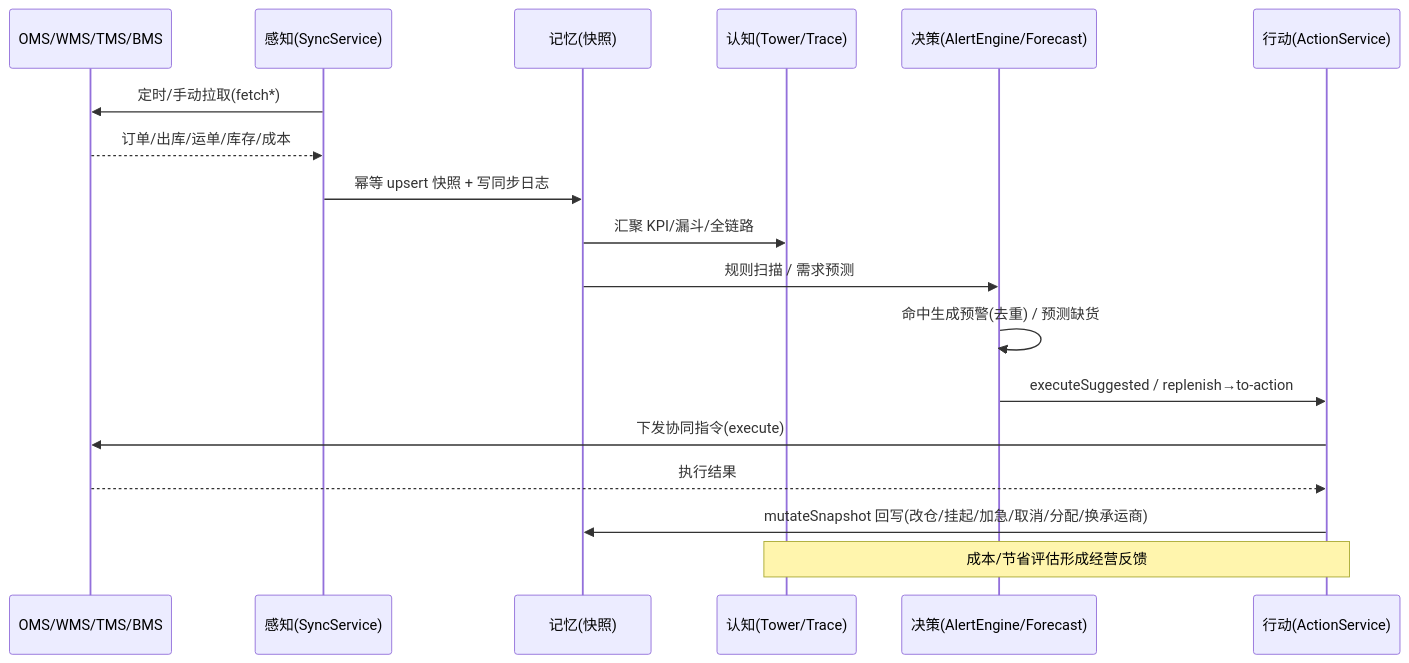
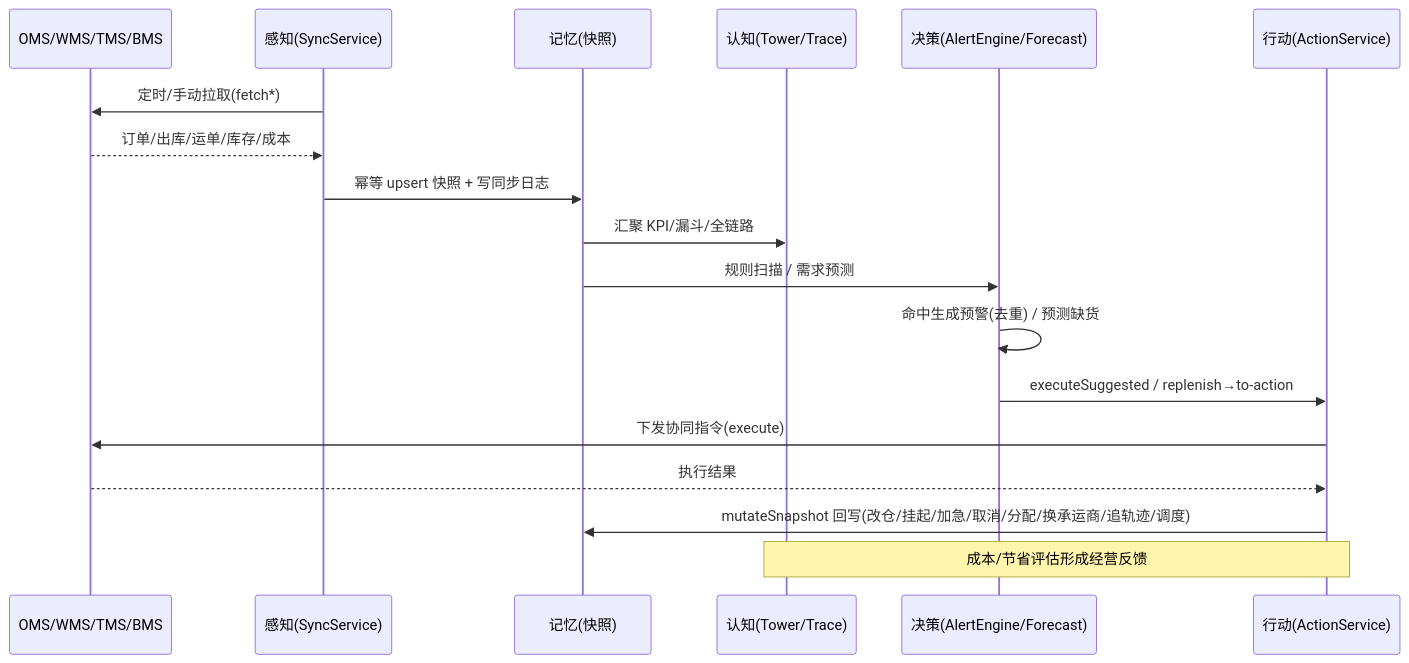
One commit to mengzhihua/ir changed the third of 3 diagrams in docs/供应链大脑架构.md. Above: the diagram before and after it, drawn with Mermaid. The commit also changed other lines of this file and 4 other files, not shown here.

````diff
--- a/docs/供应链大脑架构.md
+++ b/docs/供应链大脑架构.md
@@ -241,21 +241,21 @@
 ```mermaid
 sequenceDiagram
     participant EXT as OMS/WMS/TMS/BMS
     participant SYNC as 感知(SyncService)
     participant SNAP as 记忆(快照)
     participant COG as 认知(Tower/Trace)
     participant AL as 决策(AlertEngine/Forecast)
     participant ACT as 行动(ActionService)
 
     SYNC->>EXT: 定时/手动拉取(fetch*)
     EXT-->>SYNC: 订单/出库/运单/库存/成本
     SYNC->>SNAP: 幂等 upsert 快照 + 写同步日志
     SNAP->>COG: 汇聚 KPI/漏斗/全链路
     SNAP->>AL: 规则扫描 / 需求预测
     AL->>AL: 命中生成预警(去重) / 预测缺货
     AL->>ACT: executeSuggested / replenish→to-action
     ACT->>EXT: 下发协同指令(execute)
     EXT-->>ACT: 执行结果
-    ACT->>SNAP: mutateSnapshot 回写(改仓/挂起/加急/取消/分配/换承运商)
+    ACT->>SNAP: mutateSnapshot 回写(改仓/挂起/加急/取消/分配/换承运商/追轨迹/调度)
     Note over COG,ACT: 成本/节省评估形成经营反馈
 ```
````
